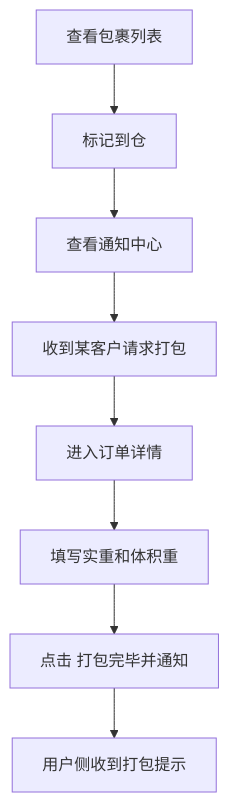
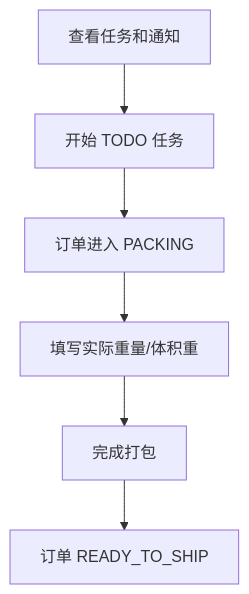
The fourth of 6 diagrams in FLOWS_DIAGRAMS.md (scottsux/TMS), drawn with Mermaid before and after one commit. The commit also changed other lines of this file and 10 other files, not shown here.

````diff
--- a/FLOWS_DIAGRAMS.md
+++ b/FLOWS_DIAGRAMS.md
@@ -66,10 +61,8 @@
 ```mermaid
 flowchart TD
-    O1[查看包裹列表] --> O2[标记到仓]
-    O2 --> O3[查看通知中心]
-    O3 --> O4[收到某客户请求打包]
-    O4 --> O5[进入订单详情]
-    O5 --> O6[填写实重和体积重]
-    O6 --> O7[点击 打包完毕并通知]
-    O7 --> O8[用户侧收到打包提示]
+    O1[查看任务和通知] --> O2[开始 TODO 任务]
+    O2 --> O3[订单进入 PACKING]
+    O3 --> O4[填写实际重量/体积重]
+    O4 --> O5[完成打包]
+    O5 --> O6[订单 READY_TO_SHIP]
 ```
````
